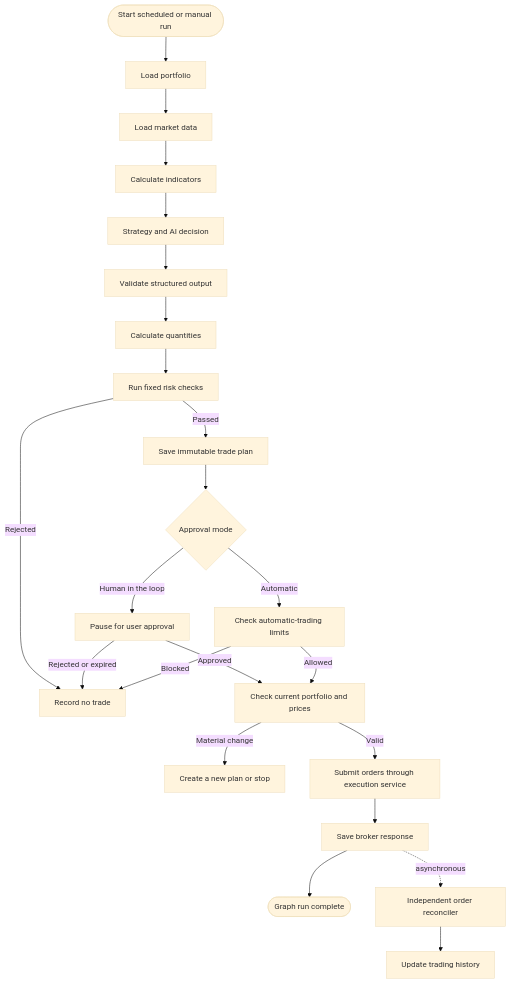
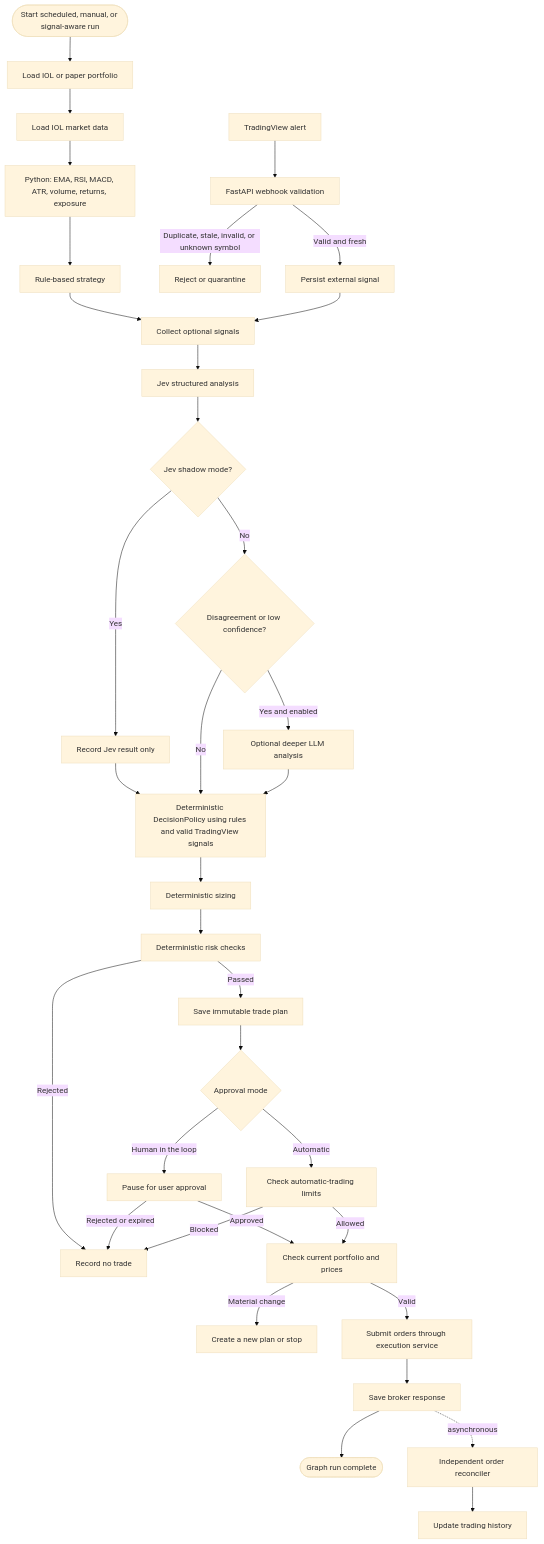
The second of 4 diagrams in README.md (joseluismuzikant/ia-trading-broker), drawn with Mermaid (base theme) before and after one commit. The commit also changed other lines of this file, not shown here.

Commit message:
updating README and models graph

````diff
--- a/README.md
+++ b/README.md
@@ -123,29 +144,42 @@
 ```mermaid README.md
 flowchart TD
-    START([Start scheduled or manual run]) --> PORT[Load portfolio]
-    PORT --> MARKET[Load market data]
-    MARKET --> FEATURES[Calculate indicators]
-    FEATURES --> STRATEGY[Strategy and AI decision]
-    STRATEGY --> VALIDATE[Validate structured output]
-    VALIDATE --> SIZE[Calculate quantities]
-    SIZE --> RISK[Run fixed risk checks]
+    TV[TradingView alert] --> INTAKE[FastAPI webhook validation]
+    INTAKE -->|Valid and fresh| PERSIST[Persist external signal]
+    INTAKE -->|Duplicate, stale, invalid, or unknown symbol| QUARANTINE[Reject or quarantine]
+
+    START([Start scheduled, manual, or signal-aware run]) --> PORT[Load IOL or paper portfolio]
+    PORT --> MARKET[Load IOL market data]
+    MARKET --> FEATURES[Python: EMA, RSI, MACD, ATR, volume, returns, exposure]
+    FEATURES --> RULES[Rule-based strategy]
+    RULES --> COLLECT[Collect optional signals]
+    PERSIST --> COLLECT
+    COLLECT --> JEV[Jev structured analysis]
+    JEV --> SHADOW{Jev shadow mode?}
+    SHADOW -->|Yes| RECORD[Record Jev result only]
+    RECORD --> POLICY[Deterministic DecisionPolicy using rules and valid TradingView signals]
+    SHADOW -->|No| DEEP{Disagreement or low confidence?}
+    DEEP -->|Yes and enabled| LLM[Optional deeper LLM analysis]
+    DEEP -->|No| POLICY
+    LLM --> POLICY
+    POLICY --> SIZE[Deterministic sizing]
+    SIZE --> RISK[Deterministic risk checks]
     RISK -->|Rejected| STOP[Record no trade]
     RISK -->|Passed| SAVE[Save immutable trade plan]
     SAVE --> MODE{Approval mode}
 
     MODE -->|Human in the loop| WAIT[Pause for user approval]
     WAIT -->|Rejected or expired| STOP
     WAIT -->|Approved| RECHECK[Check current portfolio and prices]
 
     MODE -->|Automatic| AUTO[Check automatic-trading limits]
     AUTO -->|Blocked| STOP
     AUTO -->|Allowed| RECHECK
 
     RECHECK -->|Material change| REVIEW[Create a new plan or stop]
     RECHECK -->|Valid| SUBMIT[Submit orders through execution service]
     SUBMIT --> RESULT[Save broker response]
     RESULT --> END([Graph run complete])
 
     RESULT -. asynchronous .-> RECONCILE[Independent order reconciler]
     RECONCILE --> HISTORY[Update trading history]
 ```
````
